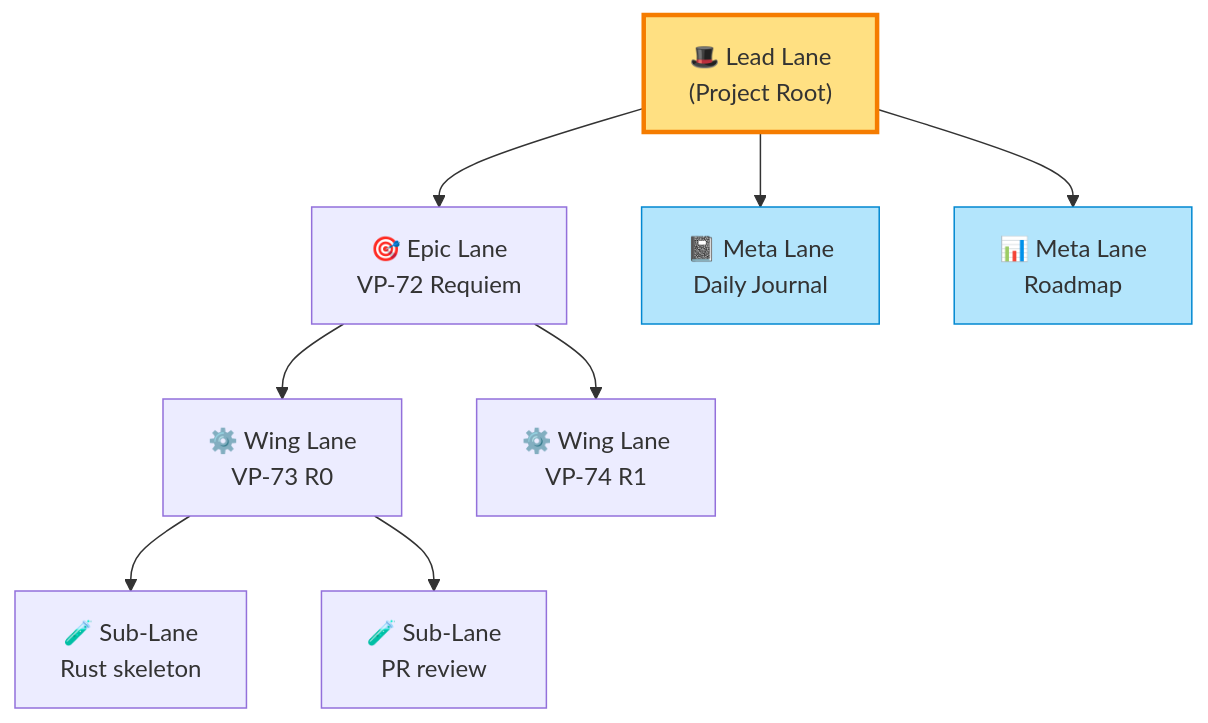
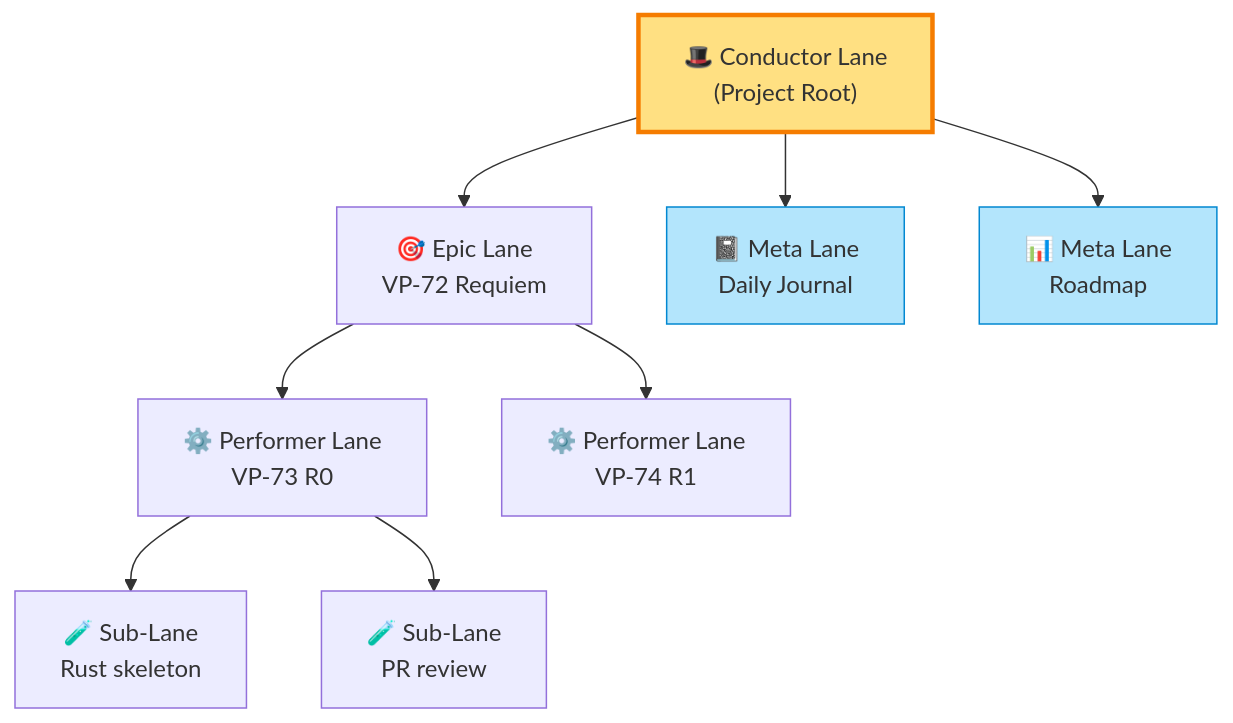
The third of 7 diagrams in docs/design/07-lane-as-process.md (chronista-club/vantage-point), drawn with Mermaid before and after one commit. The commit also changed other lines of this file and 20 other files, not shown here.

First line of the commit message:
docs(lane): conductor/performer rename を docs に sync + relational framing 明記

````diff
--- a/docs/design/07-lane-as-process.md
+++ b/docs/design/07-lane-as-process.md
@@ -240,17 +249,17 @@
 ```mermaid
 graph TD
-  Lead["🎩 Lead Lane<br/>(Project Root)"]
-  Lead --> W72["🎯 Epic Lane<br/>VP-72 Requiem"]
-  Lead --> Meta1["📓 Meta Lane<br/>Daily Journal"]
-  Lead --> Meta2["📊 Meta Lane<br/>Roadmap"]
+  Conductor["🎩 Conductor Lane<br/>(Project Root)"]
+  Conductor --> W72["🎯 Epic Lane<br/>VP-72 Requiem"]
+  Conductor --> Meta1["📓 Meta Lane<br/>Daily Journal"]
+  Conductor --> Meta2["📊 Meta Lane<br/>Roadmap"]
 
-  W72 --> W73["⚙️ Wing Lane<br/>VP-73 R0"]
-  W72 --> W74["⚙️ Wing Lane<br/>VP-74 R1"]
+  W72 --> W73["⚙️ Performer Lane<br/>VP-73 R0"]
+  W72 --> W74["⚙️ Performer Lane<br/>VP-74 R1"]
 
   W73 --> S1["🧪 Sub-Lane<br/>Rust skeleton"]
   W73 --> S2["🧪 Sub-Lane<br/>PR review"]
 
-  style Lead fill:#ffe082,stroke:#f57c00,stroke-width:3px
+  style Conductor fill:#ffe082,stroke:#f57c00,stroke-width:3px
   style Meta1 fill:#b3e5fc,stroke:#0288d1
   style Meta2 fill:#b3e5fc,stroke:#0288d1
 ```
````
